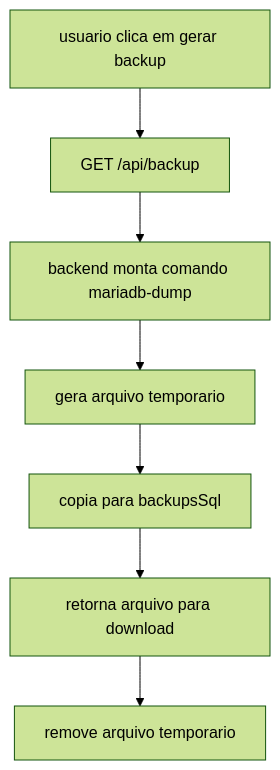
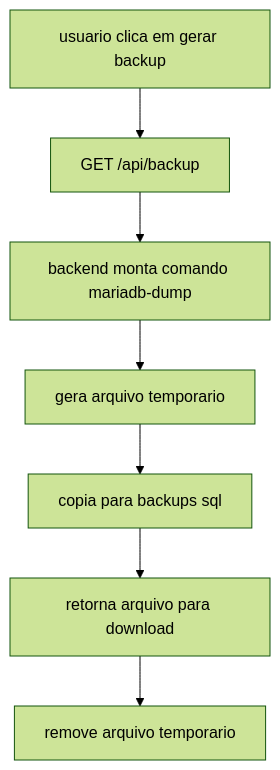
One commit to renansc/NanotechSoft changed diagram 11 of 25 in apps/riob/source/docs/DIAGRAMAS_E_PROCESSOS.md. Above: the diagram before and after it, drawn with Mermaid (forest theme). The commit also changed other lines of this file and 188 other files, not shown here.

````diff
--- a/apps/riob/source/docs/DIAGRAMAS_E_PROCESSOS.md
+++ b/apps/riob/source/docs/DIAGRAMAS_E_PROCESSOS.md
@@ -192,9 +184,9 @@
 ```mermaid
 flowchart TD
     A[usuario clica em gerar backup] --> B[GET /api/backup]
     B --> C[backend monta comando mariadb-dump]
     C --> D[gera arquivo temporario]
-    D --> E[copia para backupsSql]
+    D --> E[copia para backups sql]
     E --> F[retorna arquivo para download]
     F --> G[remove arquivo temporario]
 ```
````
